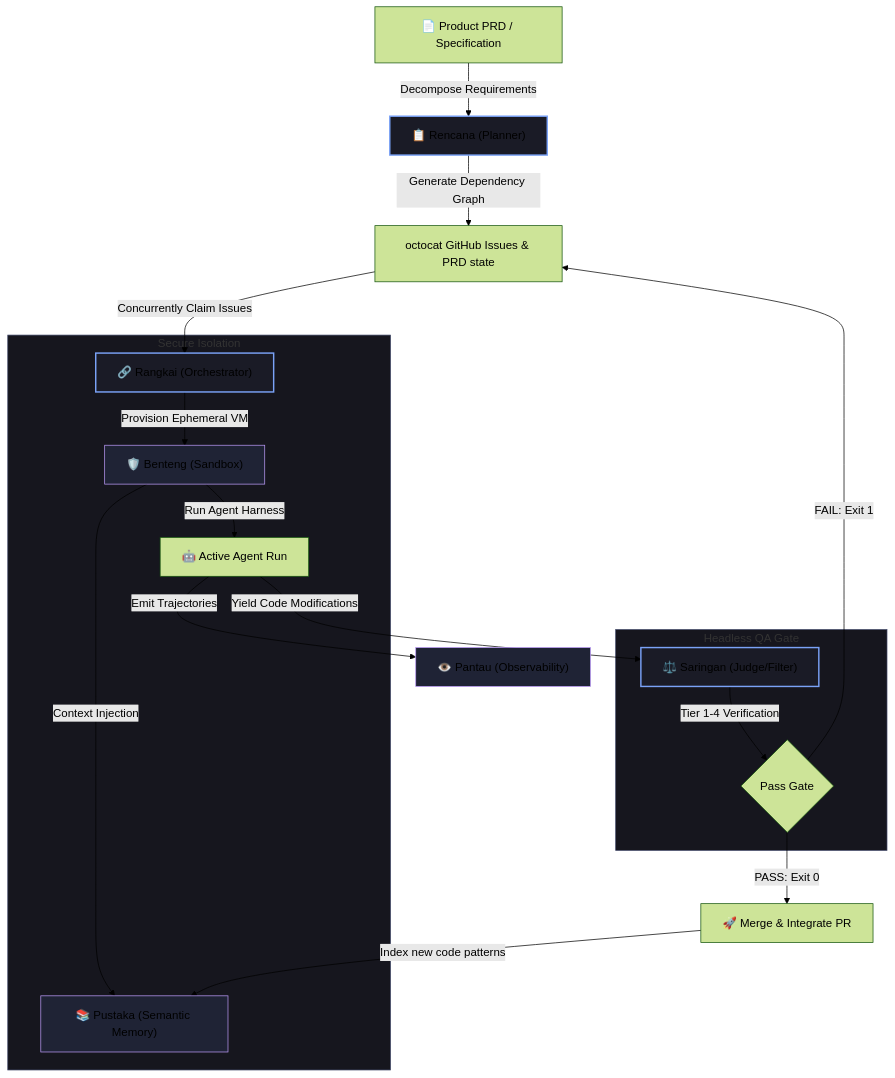
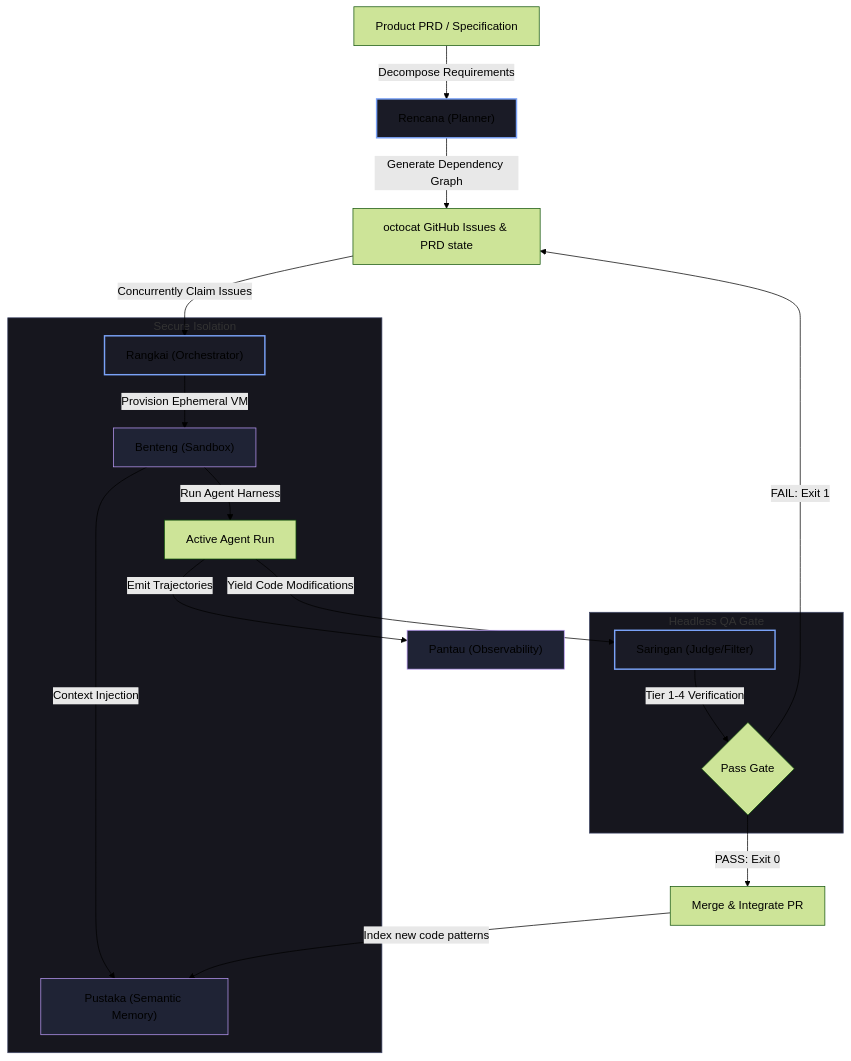
One commit to ungkuamer/bersama changed the diagram in ECOSYSTEM.md. Above: the diagram before and after it, drawn with Mermaid (forest theme). The commit also changed other lines of this file, not shown here.

````diff
--- a/ECOSYSTEM.md
+++ b/ECOSYSTEM.md
@@ -12,34 +12,34 @@
 ```mermaid
 graph TD
     classDef main fill:#1a1b26,stroke:#7aa2f7,stroke-width:2px;
     classDef support fill:#1f2335,stroke:#bb9af7,stroke-width:1px;
 
-    PRD["📄 Product PRD / Specification"] -->|Decompose Requirements| Rencana["📋 Rencana (Planner)"]
+    PRD["Product PRD / Specification"] -->|Decompose Requirements| Rencana["Rencana (Planner)"]
     Rencana -->|Generate Dependency Graph| GH["octocat GitHub Issues & PRD state"]
     
-    GH -->|Concurrently Claim Issues| Rangkai["🔗 Rangkai (Orchestrator)"]
+    GH -->|Concurrently Claim Issues| Rangkai["Rangkai (Orchestrator)"]
     
     subgraph ExecutionSandbox ["Secure Isolation"]
-        Rangkai -->|Provision Ephemeral VM| Benteng["🛡️ Benteng (Sandbox)"]
-        Benteng -->|Context Injection| Pustaka["📚 Pustaka (Semantic Memory)"]
-        Benteng -->|Run Agent Harness| AR["🤖 Active Agent Run"]
+        Rangkai -->|Provision Ephemeral VM| Benteng["Benteng (Sandbox)"]
+        Benteng -->|Context Injection| Pustaka["Pustaka (Semantic Memory)"]
+        Benteng -->|Run Agent Harness| AR["Active Agent Run"]
     end
     
-    AR -->|Emit Trajectories| Pantau["👁️ Pantau (Observability)"]
-    AR -->|Yield Code Modifications| Saringan["⚖️ Saringan (Judge/Filter)"]
+    AR -->|Emit Trajectories| Pantau["Pantau (Observability)"]
+    AR -->|Yield Code Modifications| Saringan["Saringan (Judge/Filter)"]
     
     subgraph Validation ["Headless QA Gate"]
         Saringan -->|Tier 1-4 Verification| Gate{"Pass Gate"}
     end
     
-    Gate -->|PASS: Exit 0| Integrate["🚀 Merge & Integrate PR"]
+    Gate -->|PASS: Exit 0| Integrate["Merge & Integrate PR"]
     Gate -->|FAIL: Exit 1| GH
     
     Integrate -->|Index new code patterns| Pustaka
     
     class Rencana,Rangkai,Saringan main;
     class Benteng,Pantau,Pustaka support;
     
     style ExecutionSandbox fill:#16161e,stroke:#414868,stroke-width:1px;
     style Validation fill:#16161e,stroke:#414868,stroke-width:1px;
 ```
````
